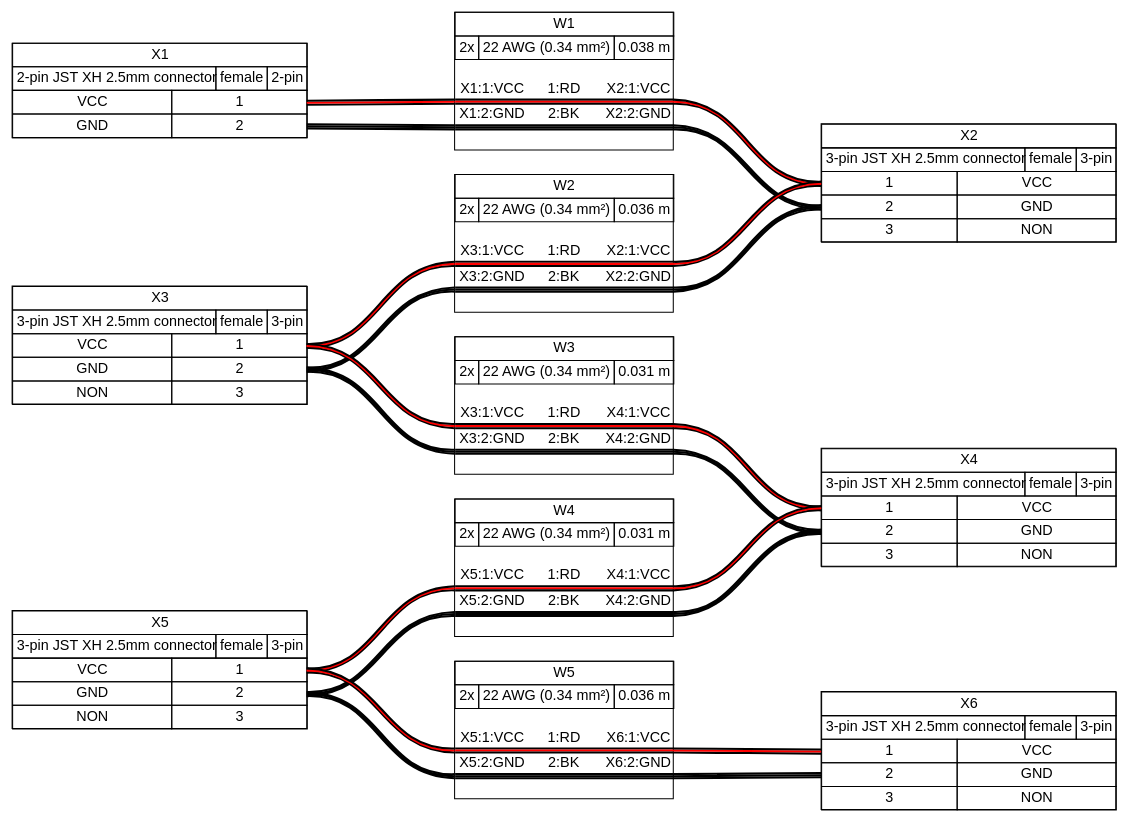
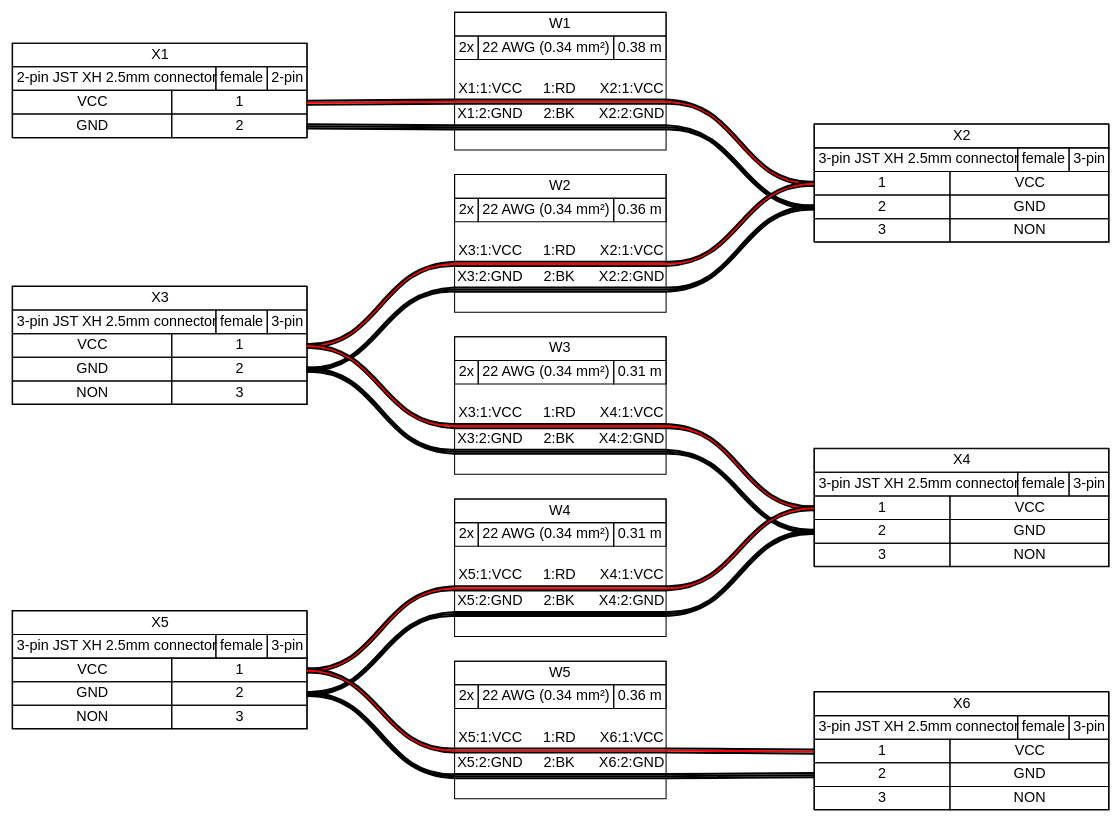
The diagram in Top Power Only 2pin to 5x 3pin/simplejst.gv (mosfet00/WiresOnViz), drawn with Graphviz before and after one commit. The commit also changed 14 other files, not shown here.

```diff
--- a/Top Power Only 2pin to 5x 3pin/simplejst.gv
+++ b/Top Power Only 2pin to 5x 3pin/simplejst.gv
@@ -209,7 +209,7 @@
   <table border="0" cellspacing="0" cellpadding="3" cellborder="1"><tr>
    <td balign="left">2x</td>
    <td balign="left">22 AWG (0.34 mm²)</td>
-   <td balign="left">0.038 m</td>
+   <td balign="left">0.38 m</td>
   </tr></table>
  </td></tr>
  <tr><td>
@@ -269,7 +269,7 @@
   <table border="0" cellspacing="0" cellpadding="3" cellborder="1"><tr>
    <td balign="left">2x</td>
    <td balign="left">22 AWG (0.34 mm²)</td>
-   <td balign="left">0.036 m</td>
+   <td balign="left">0.36 m</td>
   </tr></table>
  </td></tr>
  <tr><td>
@@ -329,7 +329,7 @@
   <table border="0" cellspacing="0" cellpadding="3" cellborder="1"><tr>
    <td balign="left">2x</td>
    <td balign="left">22 AWG (0.34 mm²)</td>
-   <td balign="left">0.031 m</td>
+   <td balign="left">0.31 m</td>
   </tr></table>
  </td></tr>
  <tr><td>
@@ -389,7 +389,7 @@
   <table border="0" cellspacing="0" cellpadding="3" cellborder="1"><tr>
    <td balign="left">2x</td>
    <td balign="left">22 AWG (0.34 mm²)</td>
-   <td balign="left">0.031 m</td>
+   <td balign="left">0.31 m</td>
   </tr></table>
  </td></tr>
  <tr><td>
@@ -449,7 +449,7 @@
   <table border="0" cellspacing="0" cellpadding="3" cellborder="1"><tr>
    <td balign="left">2x</td>
    <td balign="left">22 AWG (0.34 mm²)</td>
-   <td balign="left">0.036 m</td>
+   <td balign="left">0.36 m</td>
   </tr></table>
  </td></tr>
  <tr><td>
```
